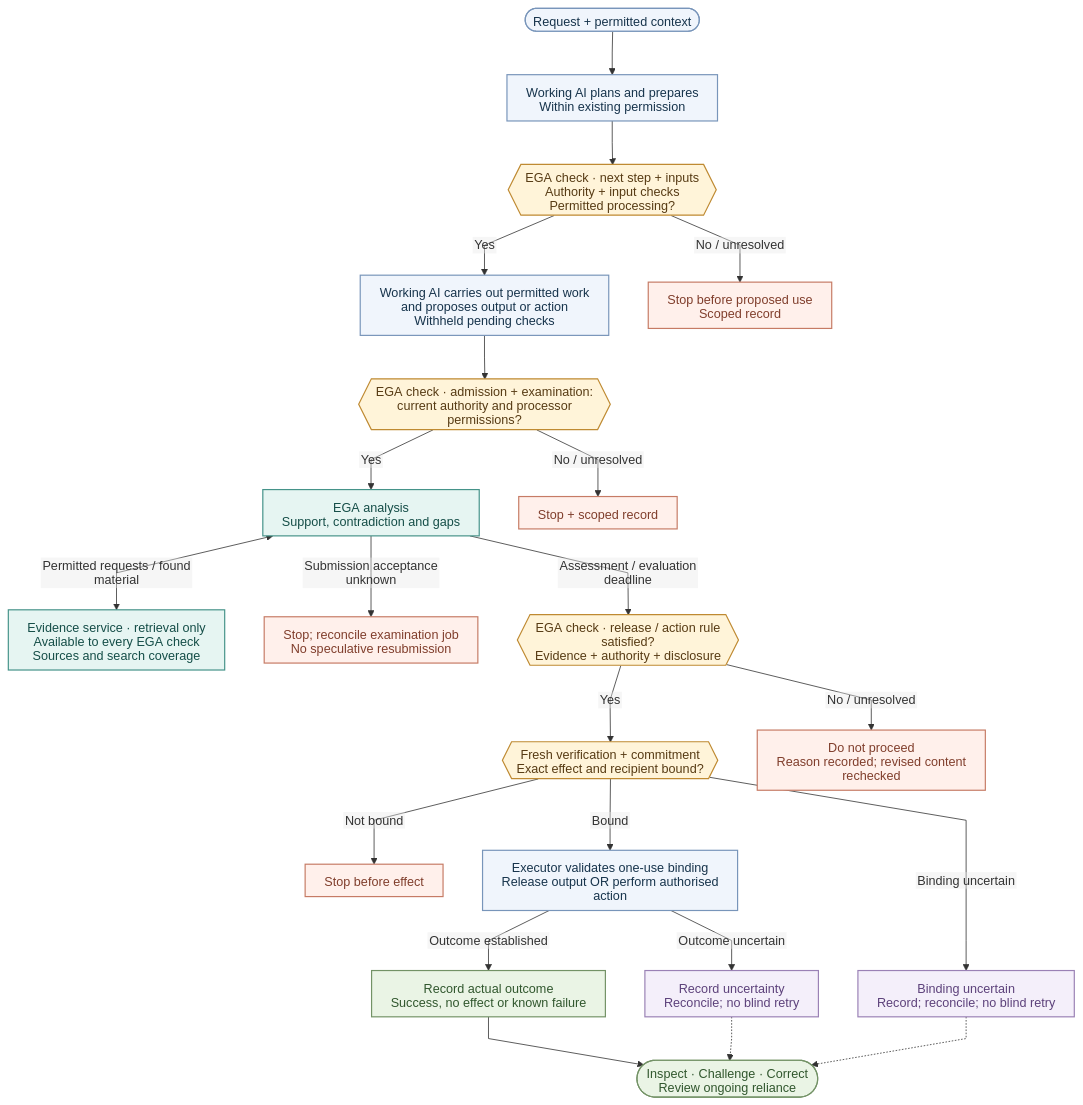
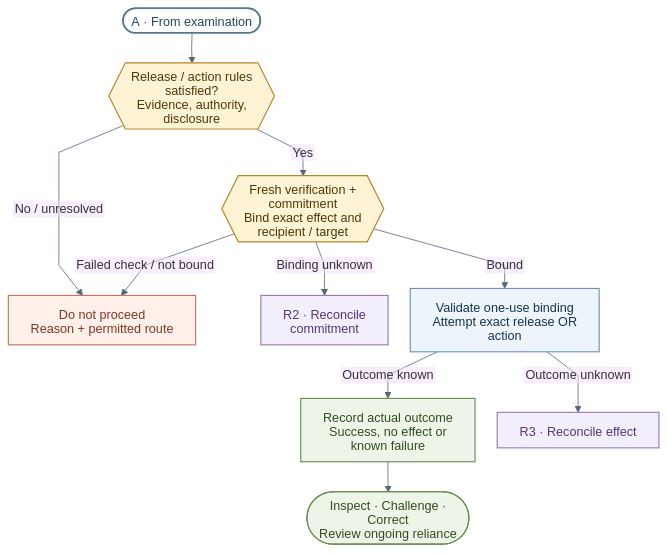
Before and after one commit to robertschaub/our-ai-charter: the second of 6 diagrams in docs/Assurance/Concepts/evidence-gated-agents.md, drawn with Mermaid. The commit also changed other lines of this file and 6 other files, not shown here.

Commit message:
docs(ega): clarify phased design flows and recovery routes

````diff
--- a/docs/Assurance/Concepts/evidence-gated-agents.md
+++ b/docs/Assurance/Concepts/evidence-gated-agents.md
@@ -114,36 +150,21 @@
 ```mermaid
-%%{init: {"flowchart": {"curve": "linear", "nodeSpacing": 50, "rankSpacing": 55, "padding": 12, "wrappingWidth": 285}, "htmlLabels": false}}%%
+%%{init: {"theme":"base","themeCSS":".edgeLabel .label rect{fill:#fff!important;opacity:1!important}","themeVariables":{"fontFamily":"Arial, sans-serif","fontSize":"16px","lineColor":"#52687b"},"flowchart":{"curve":"linear","nodeSpacing":28,"rankSpacing":38,"padding":14,"wrappingWidth":190},"htmlLabels":false}}%%
 flowchart TD
-    U(["Request + permitted context"]) --> P["Working AI plans and prepares<br/>Within existing permission"]
-    P --> IN{{"EGA check · next step + inputs<br/>Authority + input checks<br/>Permitted processing?"}}
-    IN -->|Yes| A["Working AI carries out permitted work<br/>and proposes output or action<br/>Withheld pending checks"]
-    IN -->|No / unresolved| S1["Stop before proposed use<br/>Scoped record"]
-    A --> PRE{{"EGA check · admission + examination:<br/>current authority and processor permissions?"}}
-    PRE -->|Yes| EA["EGA analysis<br/>Support, contradiction and gaps"]
-    PRE -->|No / unresolved| S2["Stop + scoped record"]
-    EA <-->|Permitted requests / found material| ES["Evidence service · retrieval only<br/>Available to every EGA check<br/>Sources and search coverage"]
-    EA -->|Submission acceptance unknown| JX["Stop; reconcile examination job<br/>No speculative resubmission"]
-    EA -->|Assessment / evaluation deadline| G{{"EGA check · release / action rule satisfied?<br/>Evidence + authority + disclosure"}}
-    G -->|Yes| C{{"Fresh verification + commitment<br/>Exact effect and recipient bound?"}}
-    G -->|No / unresolved| S3["Do not proceed<br/>Reason recorded; revised content rechecked"]
-    C -->|Not bound| S4["Stop before effect"]
-    C -->|Bound| E["Executor validates one-use binding<br/>Release output OR perform authorised action"]
-    C -->|Binding uncertain| BX["Binding uncertain<br/>Record; reconcile; no blind retry"]
-    E -->|Outcome established| O["Record actual outcome<br/>Success, no effect or known failure"]
-    E -->|Outcome uncertain| X["Record uncertainty<br/>Reconcile; no blind retry"]
-    O --> R(["Inspect · Challenge · Correct<br/>Review ongoing reliance"])
-    X -.-> R
-    BX -.-> R
-    classDef process fill:#f0f5fc,stroke:#7895ba,color:#17344c,stroke-width:1.5px
-    classDef control fill:#fff4d9,stroke:#bf8a32,color:#573b14,stroke-width:1.5px
-    classDef evidence fill:#e6f5f2,stroke:#459389,color:#154e48,stroke-width:1.5px
-    classDef stop fill:#fff0eb,stroke:#c67b65,color:#803e2c,stroke-width:1.5px
-    classDef result fill:#eaf4e5,stroke:#739266,color:#31572e,stroke-width:1.5px
-    classDef uncertain fill:#f4effa,stroke:#9a81b5,color:#5d427b,stroke-width:1.5px
-    class U,P,A,E process
-    class IN,PRE,G,C control
-    class EA,ES evidence
-    class S1,S2,S3,S4,JX stop
-    class O,R result
-    class X,BX uncertain
+ A(["A · From examination"]):::link --> G{{"Release / action rules satisfied?<br/>Evidence, authority, disclosure"}}:::gate
+ G -->|No / unresolved| S["Do not proceed<br/>Reason + permitted route"]:::stop
+ G -->|Yes| C{{"Fresh verification + commitment<br/>Bind exact effect and recipient / target"}}:::gate
+ C -->|Failed check / not bound| S
+ C -->|Binding unknown| U["R2 · Reconcile commitment"]:::uncertain
+ C -->|Bound| E["Validate one-use binding<br/>Attempt exact release OR action"]:::work
+ E -->|Outcome known| O["Record actual outcome<br/>Success, no effect or known failure"]:::result
+ E -->|Outcome unknown| V["R3 · Reconcile effect"]:::uncertain
+ O --> R(["Inspect · Challenge · Correct<br/>Review ongoing reliance"]):::result
+
+classDef work fill:#edf4fc,stroke:#6d8fb8,color:#17344c,stroke-width:1.4px
+classDef gate fill:#fff3d5,stroke:#b98528,color:#513707,stroke-width:1.5px
+classDef evidence fill:#e6f5f2,stroke:#39877e,color:#174c46,stroke-width:1.4px
+classDef stop fill:#fff0e9,stroke:#c07155,color:#803721,stroke-width:1.4px
+classDef result fill:#edf5e8,stroke:#678950,color:#304d22,stroke-width:1.4px
+classDef uncertain fill:#f3eefb,stroke:#9476b7,color:#533779,stroke-width:1.4px
+classDef link fill:#fff,stroke:#54768e,color:#24465e,stroke-width:2px
 ```
````
